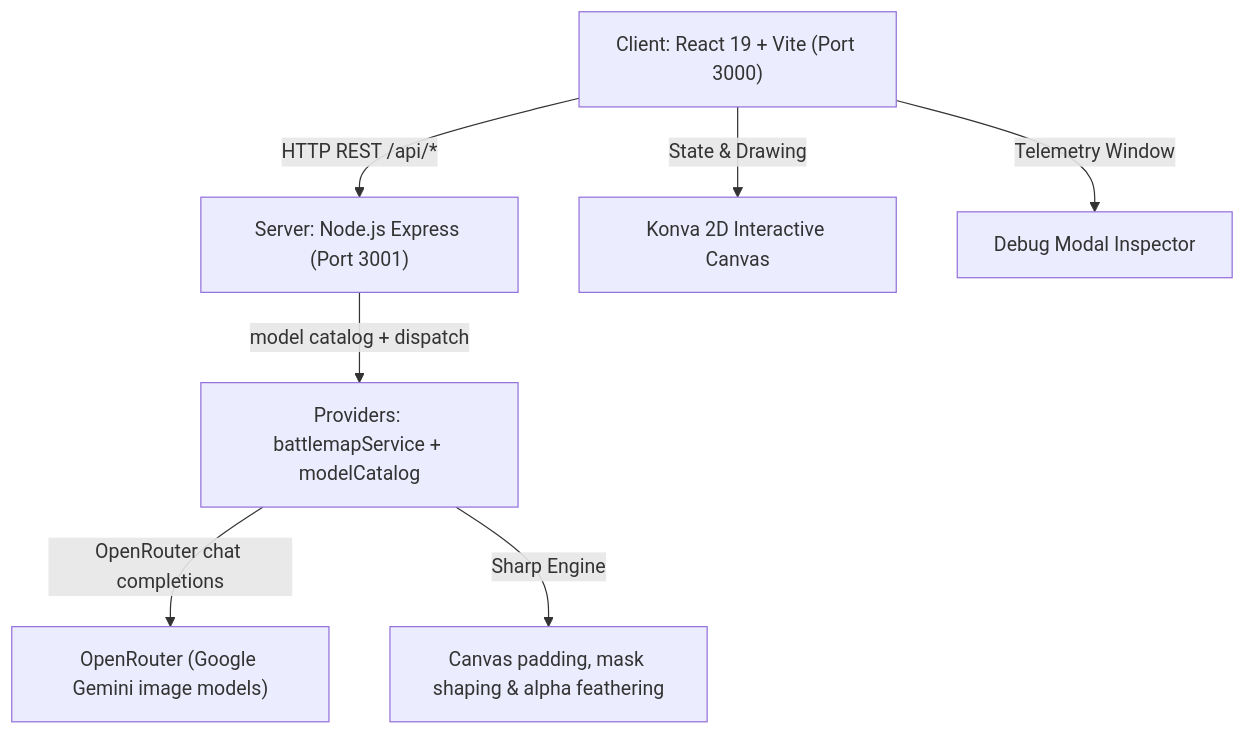
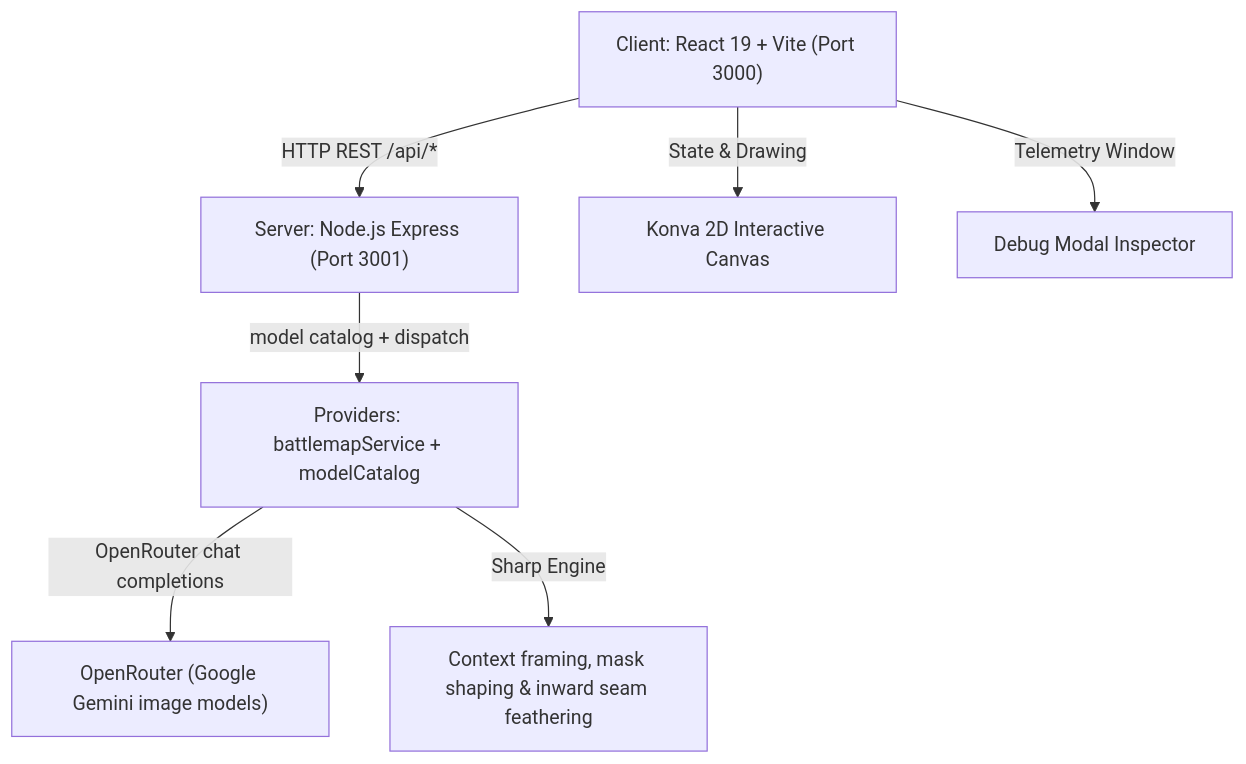
Before and after one commit to KnutZuidema/battlemap-builder: the diagram in AGENTS.md, drawn with Mermaid. The commit also changed other lines of this file and 2 other files, not shown here.

````diff
--- a/AGENTS.md
+++ b/AGENTS.md
@@ -13,9 +13,9 @@
 ```mermaid
 graph TD
     A["Client: React 19 + Vite (Port 3000)"] -->|HTTP REST /api/*| B["Server: Node.js Express (Port 3001)"]
     B -->|model catalog + dispatch| G["Providers: battlemapService + modelCatalog"]
     G -->|OpenRouter chat completions| H["OpenRouter (Google Gemini image models)"]
-    G -->|Sharp Engine| D["Canvas padding, mask shaping & alpha feathering"]
+    G -->|Sharp Engine| D["Context framing, mask shaping & inward seam feathering"]
     A -->|State & Drawing| E["Konva 2D Interactive Canvas"]
     A -->|Telemetry Window| F["Debug Modal Inspector"]
 ```
````
